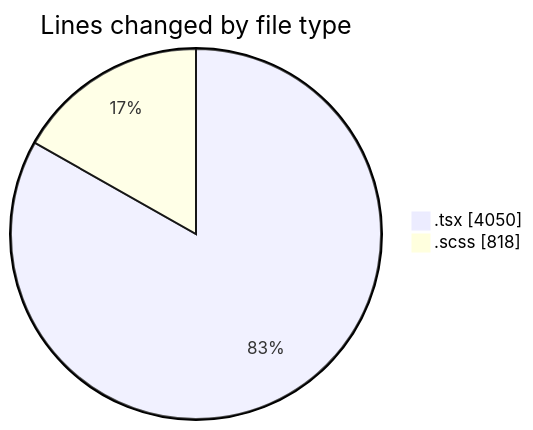
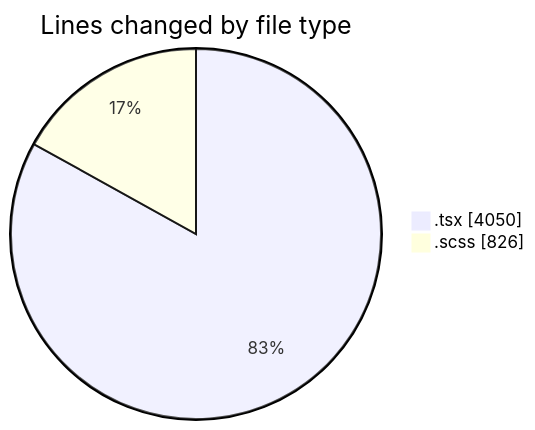
One commit to momahboobian/code-tracking changed the first of 2 diagrams in 2026-10-20/cda/README.md. Above: the diagram before and after it, drawn with Mermaid. The commit also changed other lines of this file and 1 other file, not shown here.

````diff
--- a/2026-10-20/cda/README.md
+++ b/2026-10-20/cda/README.md
@@ -35,6 +35,6 @@
 ```mermaid
 pie showData
 title Lines changed by file type
 ".tsx" : 4050
-".scss" : 818
+".scss" : 826
 ```
````
